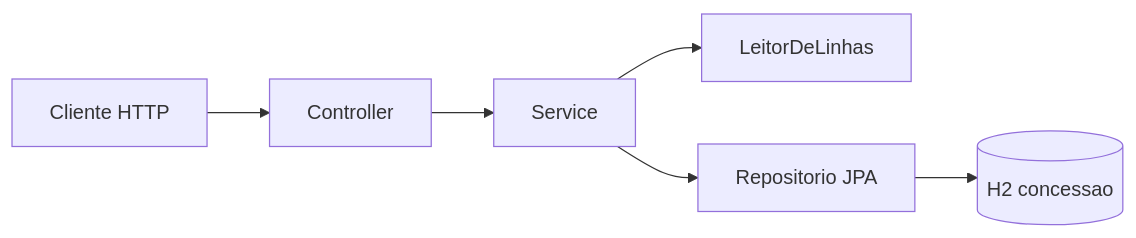
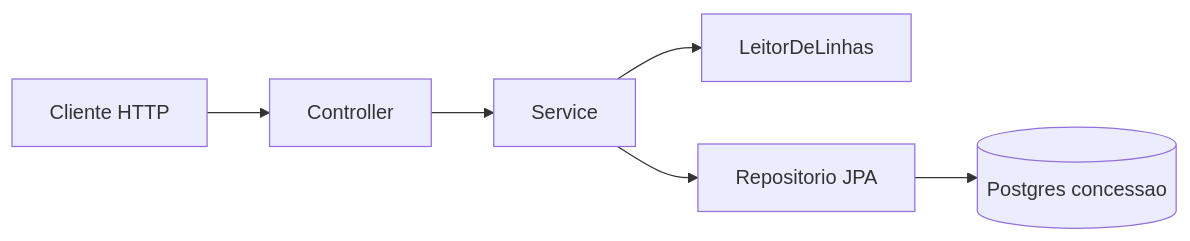
One commit to denzelws/menu-carga changed the diagram in README.md. Above: the diagram before and after it, drawn with Mermaid. The commit also changed other lines of this file and 10 other files, not shown here.

````diff
--- a/README.md
+++ b/README.md
@@ -21,15 +21,15 @@
 ```mermaid
 flowchart LR
   client[Cliente HTTP]
   ctrl[Controller]
   svc[Service]
   leitor[LeitorDeLinhas]
   repo[Repositorio JPA]
-  db[(H2 concessao)]
+  db[(Postgres concessao)]
 
   client --> ctrl
   ctrl --> svc
   svc --> leitor
   svc --> repo
   repo --> db
 ```
````
